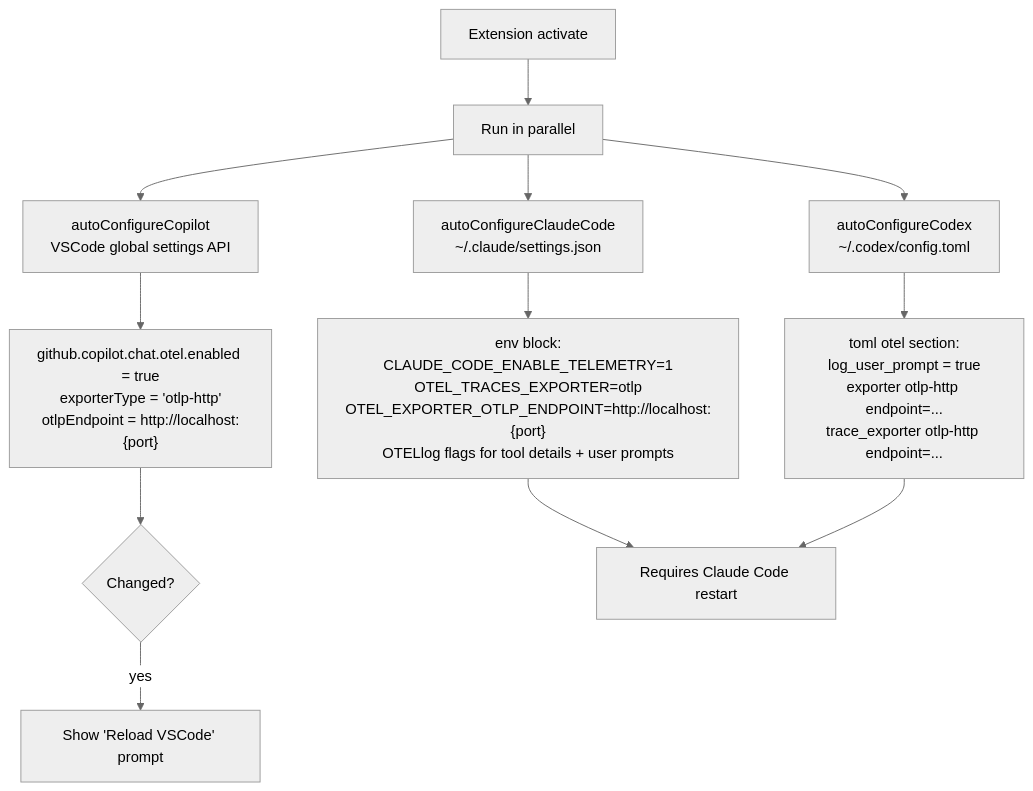
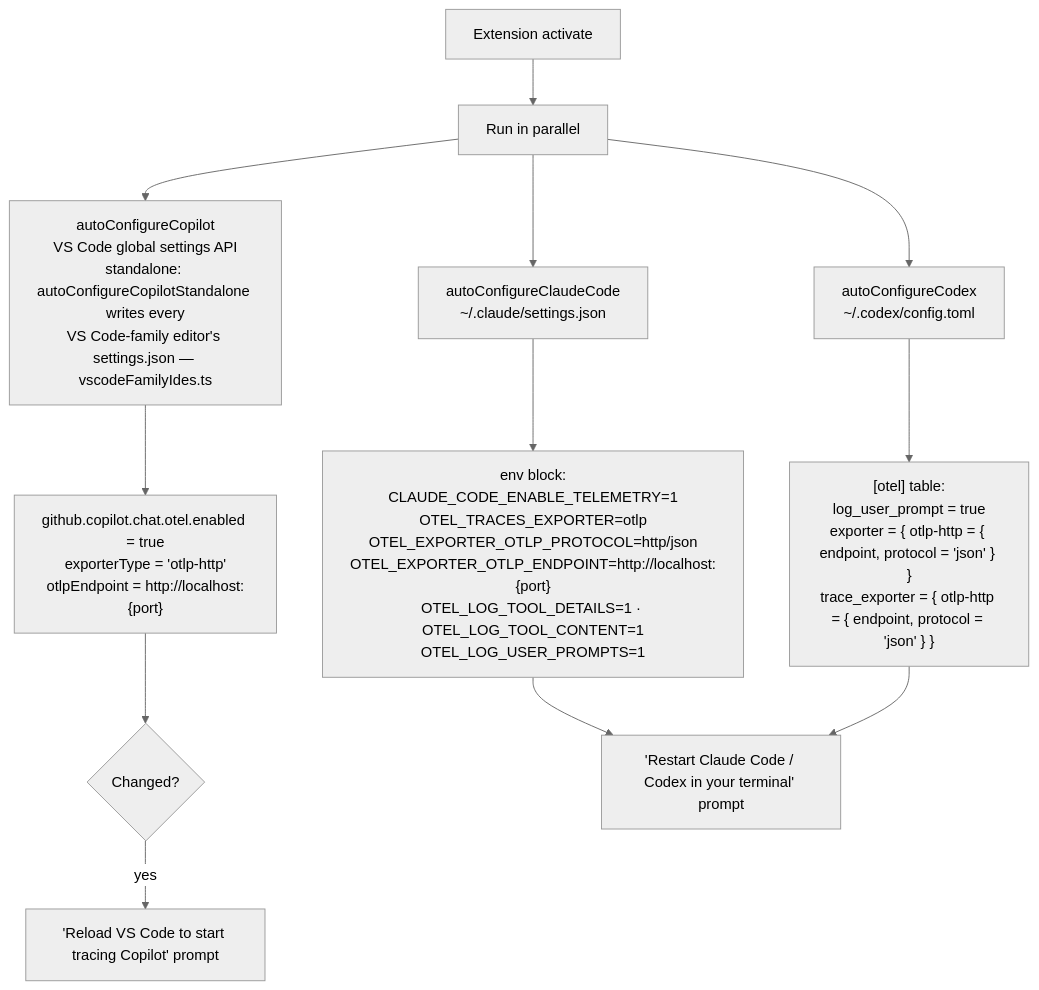
One commit to traceroost/core changed diagram 17 of 20 in ARCHITECTURE.md. Above: the diagram before and after it, drawn with Mermaid (neutral theme). The commit also changed other lines of this file, not shown here.

First line of the commit message:
Docs: audit ARCHITECTURE.md §§9–15 and the File Map against the code

````diff
--- a/ARCHITECTURE.md
+++ b/ARCHITECTURE.md
@@ -989,19 +1013,19 @@
 ```mermaid
 flowchart TD
     ACT[Extension activate] --> PAR[Run in parallel]
 
-    PAR --> CP_CFG[autoConfigureCopilot<br/>VSCode global settings API]
+    PAR --> CP_CFG[autoConfigureCopilot<br/>VS Code global settings API<br/>standalone: autoConfigureCopilotStandalone writes every<br/>VS Code-family editor's settings.json — vscodeFamilyIdes.ts]
     PAR --> CC_CFG[autoConfigureClaudeCode<br/>~/.claude/settings.json]
     PAR --> CX_CFG[autoConfigureCodex<br/>~/.codex/config.toml]
 
     CP_CFG --> CP_KEYS["github.copilot.chat.otel.enabled = true<br/>exporterType = 'otlp-http'<br/>otlpEndpoint = http://localhost:{port}"]
     CP_KEYS --> CP_OUT{Changed?}
-    CP_OUT -- yes --> RELOAD[Show 'Reload VSCode' prompt]
+    CP_OUT -- yes --> RELOAD["'Reload VS Code to start tracing Copilot' prompt"]
 
-    CC_CFG --> CC_KEYS["env block:<br/>CLAUDE_CODE_ENABLE_TELEMETRY=1<br/>OTEL_TRACES_EXPORTER=otlp<br/>OTEL_EXPORTER_OTLP_ENDPOINT=http://localhost:{port}<br/>OTELlog flags for tool details + user prompts"]
+    CC_CFG --> CC_KEYS["env block:<br/>CLAUDE_CODE_ENABLE_TELEMETRY=1<br/>OTEL_TRACES_EXPORTER=otlp<br/>OTEL_EXPORTER_OTLP_PROTOCOL=http/json<br/>OTEL_EXPORTER_OTLP_ENDPOINT=http://localhost:{port}<br/>OTEL_LOG_TOOL_DETAILS=1 · OTEL_LOG_TOOL_CONTENT=1<br/>OTEL_LOG_USER_PROMPTS=1"]
 
-    CX_CFG --> CX_KEYS["toml otel section:<br/>log_user_prompt = true<br/>exporter otlp-http endpoint=...<br/>trace_exporter otlp-http endpoint=..."]
+    CX_CFG --> CX_KEYS["[otel] table:<br/>log_user_prompt = true<br/>exporter = { otlp-http = { endpoint, protocol = 'json' } }<br/>trace_exporter = { otlp-http = { endpoint, protocol = 'json' } }"]
 
-    CC_KEYS --> RESTART[Requires Claude Code restart]
+    CC_KEYS --> RESTART["'Restart Claude Code / Codex in your terminal' prompt"]
     CX_KEYS --> RESTART
 ```
````
